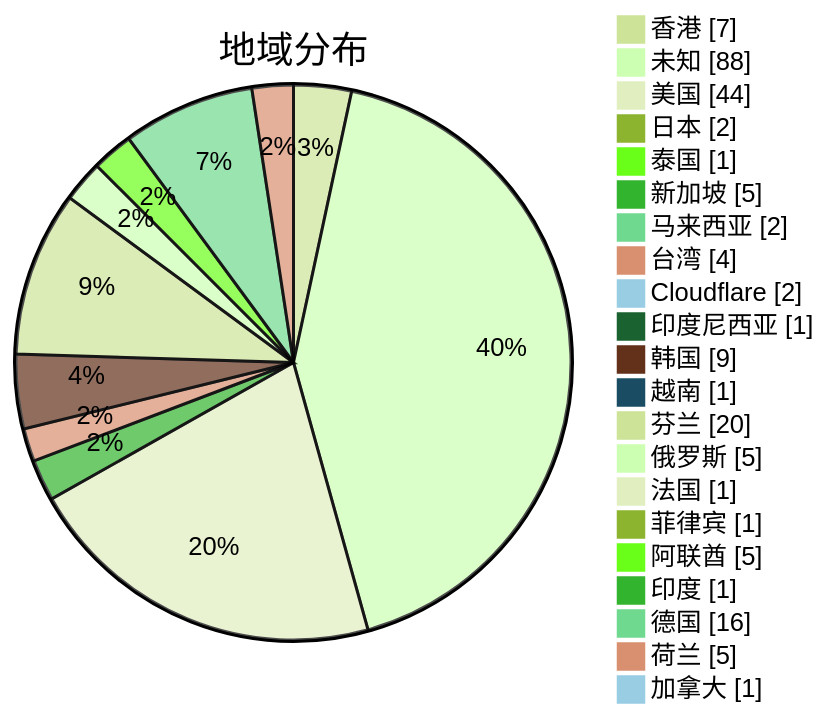
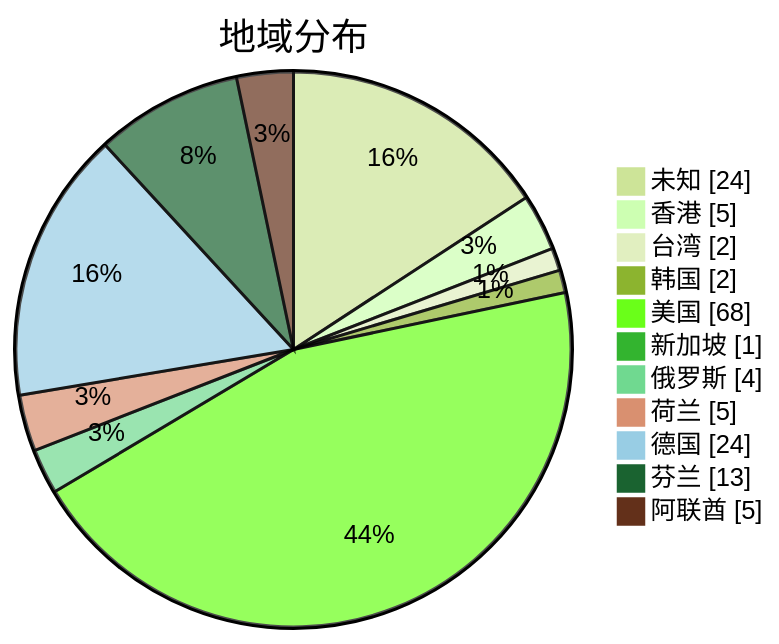
Before and after one commit to sinspired/airport: the second of 3 diagrams in subs/statistics/tested_within.md, drawn with Mermaid (forest theme). The commit also changed other lines of this file and 2 other files, not shown here.

Commit message:
Committed by metaST

````diff
--- a/subs/statistics/tested_within.md
+++ b/subs/statistics/tested_within.md
@@ -14,25 +14,15 @@
 ```mermaid
 pie showData
 title 地域分布
-"香港" : 7
-"未知" : 88
-"美国" : 44
-"日本" : 2
-"泰国" : 1
-"新加坡" : 5
-"马来西亚" : 2
-"台湾" : 4
-"Cloudflare" : 2
-"印度尼西亚" : 1
-"韩国" : 9
-"越南" : 1
-"芬兰" : 20
-"俄罗斯" : 5
-"法国" : 1
-"菲律宾" : 1
+"未知" : 24
+"香港" : 5
+"台湾" : 2
+"韩国" : 2
+"美国" : 68
+"新加坡" : 1
+"俄罗斯" : 4
+"荷兰" : 5
+"德国" : 24
+"芬兰" : 13
 "阿联酋" : 5
-"印度" : 1
-"德国" : 16
-"荷兰" : 5
-"加拿大" : 1
 ```
````
